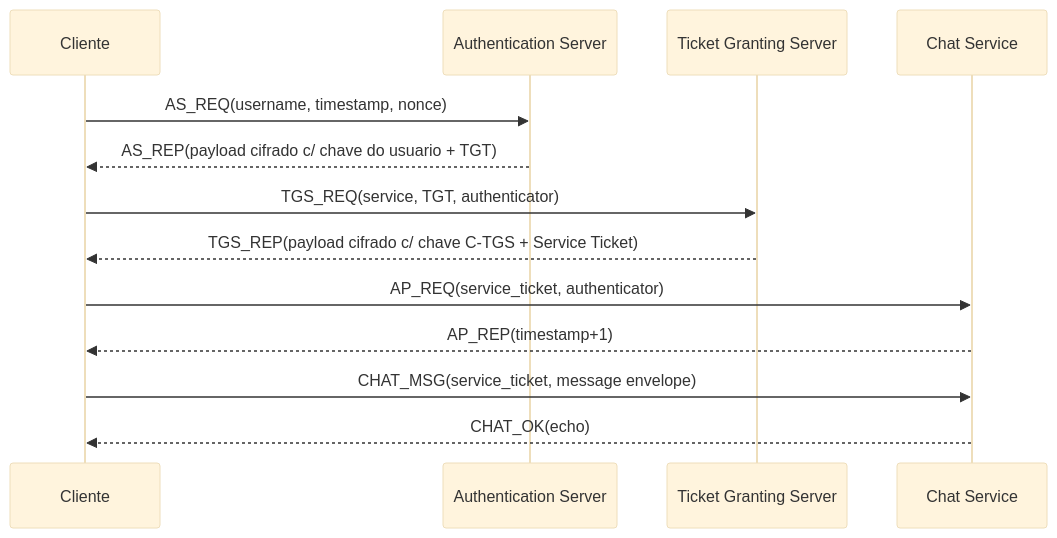
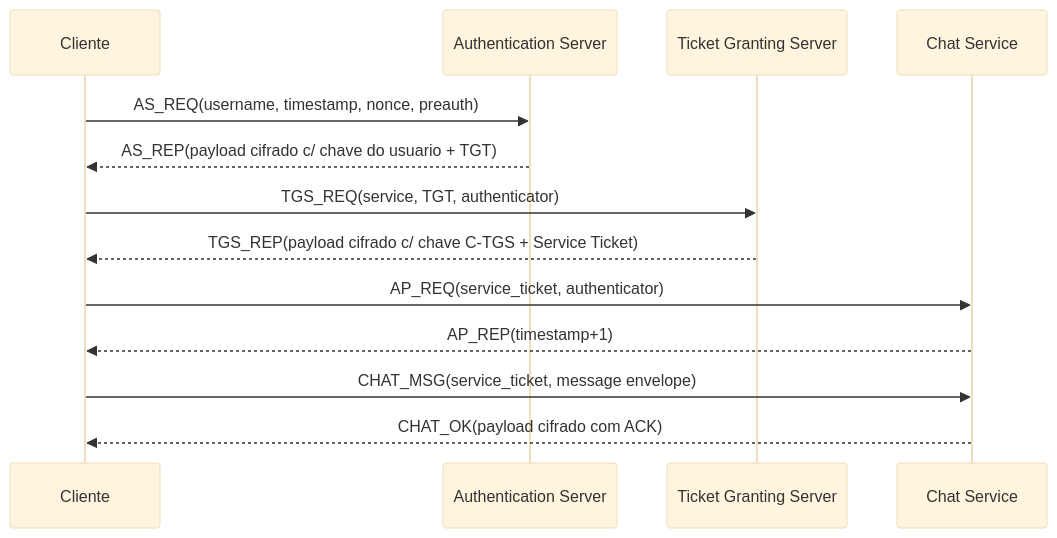
One commit to pedr0o7/Chat_Seguro_Fluxo_Kerberos changed the second of 2 diagrams in DOCUMENTACAO_COMPLETA.md. Above: the diagram before and after it, drawn with Mermaid (base theme). The commit also changed other lines of this file and 24 other files, not shown here.

Commit message:
Refactoring: Adjusting the Kerberos flow to make it 100% effective.

````diff
--- a/DOCUMENTACAO_COMPLETA.md
+++ b/DOCUMENTACAO_COMPLETA.md
@@ -135,19 +136,19 @@
 ```mermaid
 sequenceDiagram
     participant C as Cliente
     participant AS as Authentication Server
     participant TGS as Ticket Granting Server
     participant S as Chat Service
 
-    C->>AS: AS_REQ(username, timestamp, nonce)
+    C->>AS: AS_REQ(username, timestamp, nonce, preauth)
     AS-->>C: AS_REP(payload cifrado c/ chave do usuario + TGT)
 
     C->>TGS: TGS_REQ(service, TGT, authenticator)
     TGS-->>C: TGS_REP(payload cifrado c/ chave C-TGS + Service Ticket)
 
     C->>S: AP_REQ(service_ticket, authenticator)
     S-->>C: AP_REP(timestamp+1)
 
     C->>S: CHAT_MSG(service_ticket, message envelope)
-    S-->>C: CHAT_OK(echo)
+    S-->>C: CHAT_OK(payload cifrado com ACK)
 ```
````
